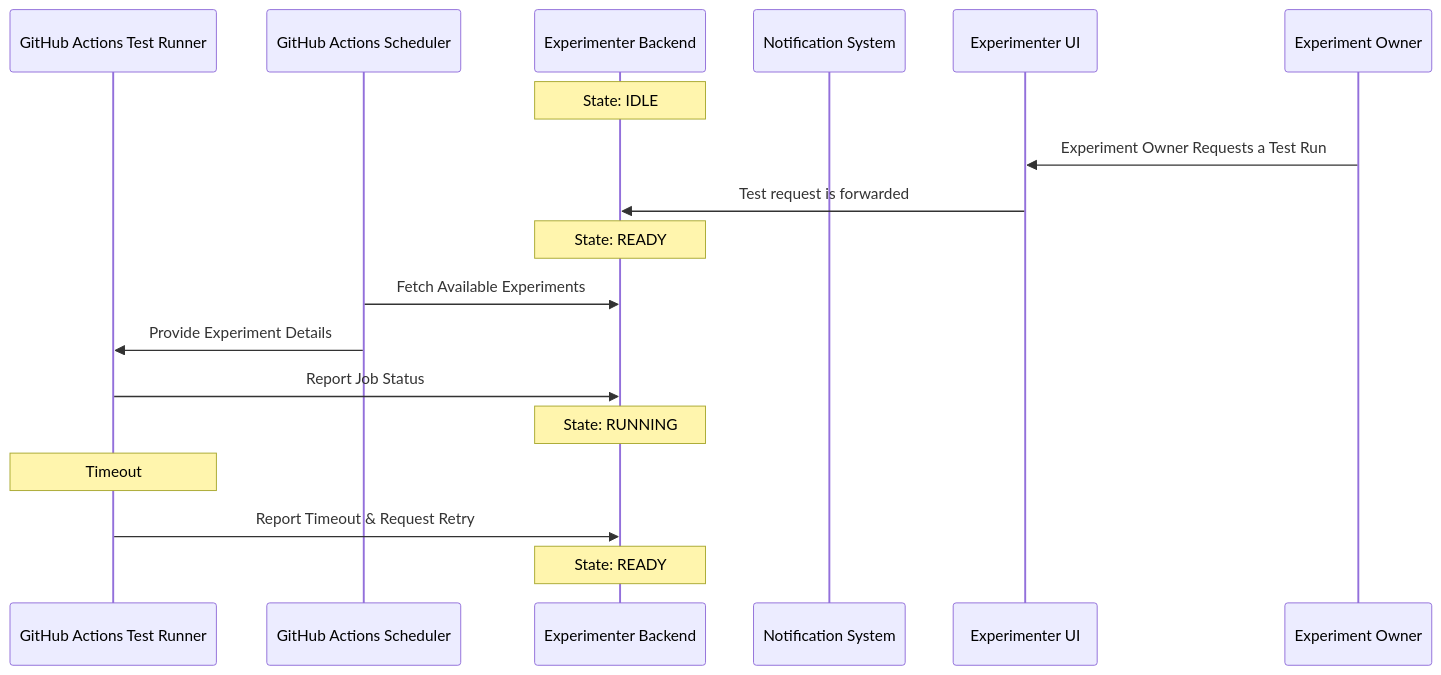
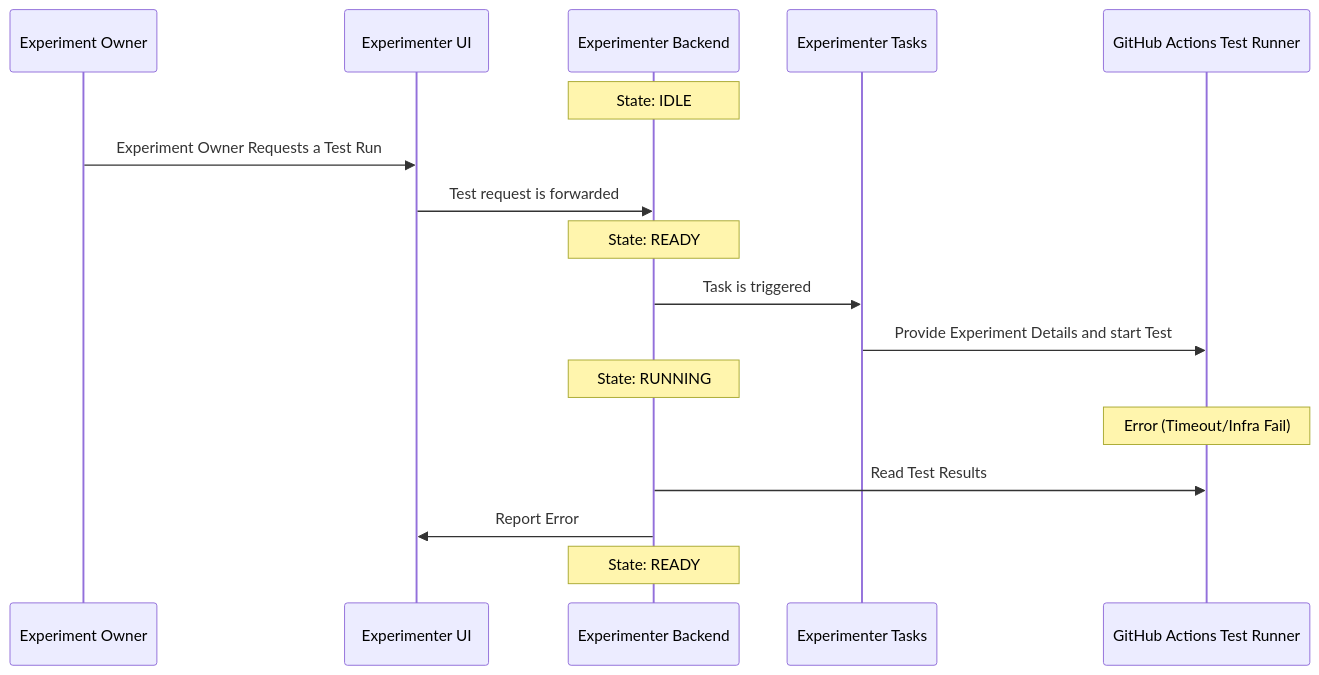
The third of 3 diagrams in docs/sequences.md (mozilla/klaatu), drawn with Mermaid before and after one commit. The commit also changed other lines of this file, not shown here.

Commit message:
Update diagrams based on review.

````diff
--- a/docs/sequences.md
+++ b/docs/sequences.md
@@ -77,22 +54,21 @@
 ```mermaid
     sequenceDiagram
+        participant Experiment Owner
+        participant Experimenter UI
+        participant Experimenter Backend
+        participant Experimenter Tasks
         participant GitHub Actions Test Runner
-        participant GitHub Actions Scheduler
-        participant Experimenter Backend
-        participant Notification System
-        participant Experimenter UI
-        participant Experiment Owner
 
         Note over Experimenter Backend: State: IDLE
         Experiment Owner ->> Experimenter UI: Experiment Owner Requests a Test Run
         Experimenter UI ->> Experimenter Backend: Test request is forwarded
         Note over Experimenter Backend: State: READY
-        GitHub Actions Scheduler ->> Experimenter Backend: Fetch Available Experiments
-        GitHub Actions Scheduler ->> GitHub Actions Test Runner: Provide Experiment Details
-        GitHub Actions Test Runner ->> Experimenter Backend: Report Job Status
+        Experimenter Backend ->> Experimenter Tasks: Task is triggered
+        Experimenter Tasks ->> GitHub Actions Test Runner: Provide Experiment Details and start Test
         Note over Experimenter Backend: State: RUNNING
-        Note over GitHub Actions Test Runner: Timeout
-        GitHub Actions Test Runner ->> Experimenter Backend: Report Timeout & Request Retry
+        Note over GitHub Actions Test Runner: Error (Timeout/Infra Fail)
+        Experimenter Backend ->> GitHub Actions Test Runner: Read Test Results
+        Experimenter Backend ->> Experimenter UI: Report Error
         Note over Experimenter Backend: State: READY
 
 ```
````
